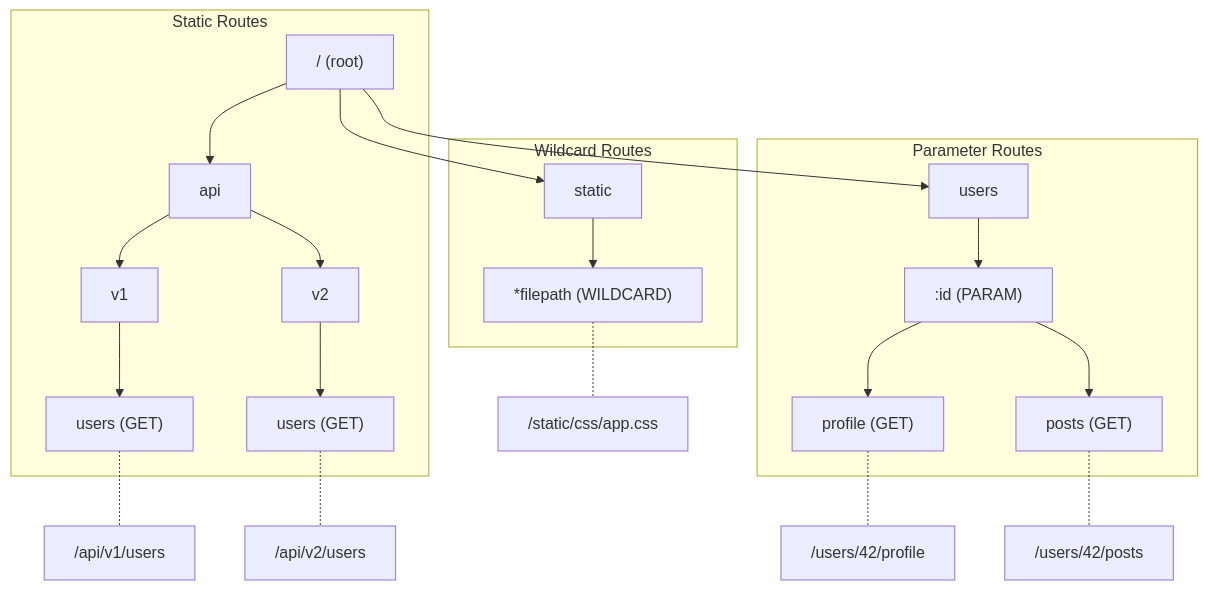
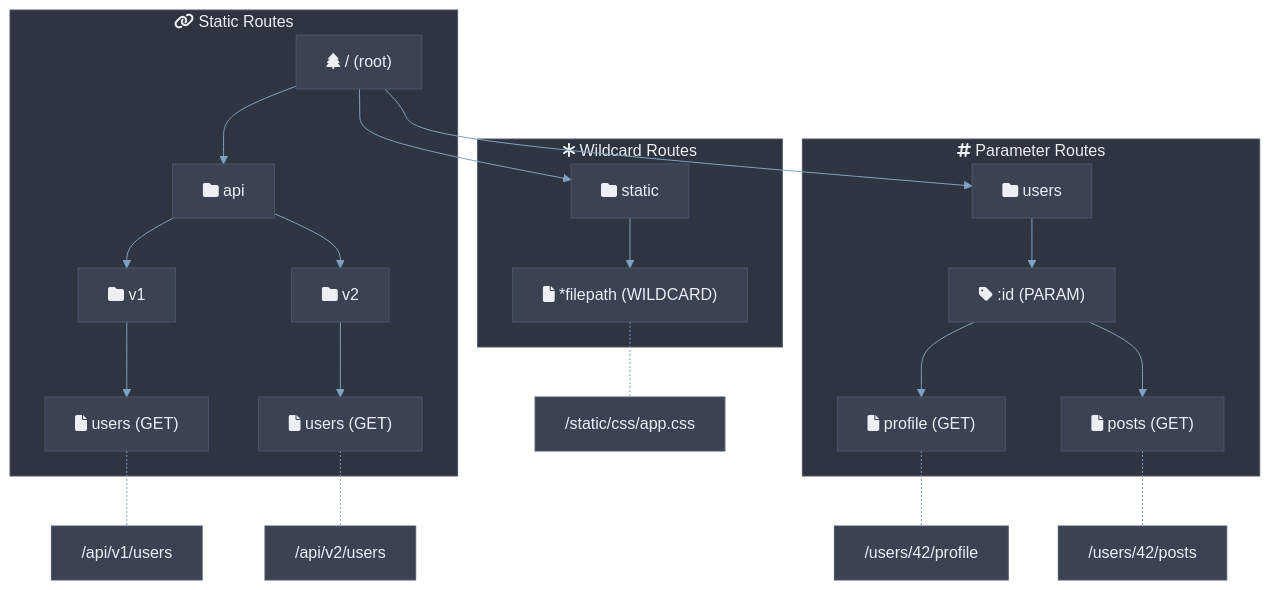
One commit to quintin-lee/csilk changed the fifth of 12 diagrams in docs/architecture.md. Above: the diagram before and after it, drawn with Mermaid. The commit also changed other lines of this file and 30 other files, not shown here.

Commit message:
docs(docs): 📝 apply Nord Mermaid theme, RFC 2119 keywords, and quantified metrics to all docs

````diff
--- a/docs/architecture.md
+++ b/docs/architecture.md
@@ -207,30 +296,52 @@
 ```mermaid
+%%{init: {
+  'theme': 'base',
+  'themeVariables': {
+    'background': '#2E3440',
+    'primaryColor': '#81A1C1',
+    'primaryBorderColor': '#4C566A',
+    'primaryTextColor': '#ECEFF4',
+    'secondaryColor': '#3B4252',
+    'secondaryBorderColor': '#434C5E',
+    'secondaryTextColor': '#D8DEE9',
+    'lineColor': '#81A1C1',
+    'textColor': '#ECEFF4',
+    'mainBkg': '#3B4252',
+    'nodeBorder': '#4C566A',
+    'clusterBkg': '#2E3440',
+    'clusterBorder': '#4C566A',
+    'titleColor': '#ECEFF4',
+    'edgeLabelBackground': '#3B4252',
+    'nodeTextColor': '#ECEFF4'
+  },
+  'flowchart': {'htmlLabels': true, 'curve': 'basis'}
+}}%%
 graph TB
-    ROOT["/ (root)"]
+    ROOT["fa:fa-tree / (root)"]
 
-    subgraph "Static Routes"
-        ROOT --> A["api"]
-        A --> B["v1"]
-        B --> C["users (GET)"]
-        A --> D["v2"]
-        D --> E["users (GET)"]
+    subgraph static_routes["fa:fa-link Static Routes"]
+        ROOT --> A["fa:fa-folder api"]
+        A --> B["fa:fa-folder v1"]
+        B --> C["fa:fa-file users (GET)"]
+        A --> D["fa:fa-folder v2"]
+        D --> E["fa:fa-file users (GET)"]
     end
 
-    subgraph "Parameter Routes"
-        ROOT --> F["users"]
-        F --> G[":id (PARAM)"]
-        G --> H["profile (GET)"]
-        G --> I["posts (GET)"]
+    subgraph param_routes["fa:fa-hashtag Parameter Routes"]
+        ROOT --> F["fa:fa-folder users"]
+        F --> G["fa:fa-tag :id (PARAM)"]
+        G --> H["fa:fa-file profile (GET)"]
+        G --> I["fa:fa-file posts (GET)"]
     end
 
-    subgraph "Wildcard Routes"
-        ROOT --> J["static"]
-        J --> K["*filepath (WILDCARD)"]
+    subgraph wild_routes["fa:fa-asterisk Wildcard Routes"]
+        ROOT --> J["fa:fa-folder static"]
+        J --> K["fa:fa-file *filepath (WILDCARD)"]
     end
 
     C -.- S1["/api/v1/users"]
     E -.- S2["/api/v2/users"]
     H -.- S3["/users/42/profile"]
     I -.- S4["/users/42/posts"]
     K -.- S5["/static/css/app.css"]
 ```
````
